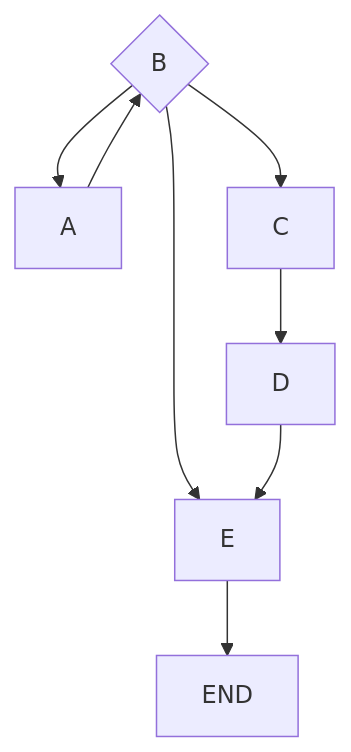
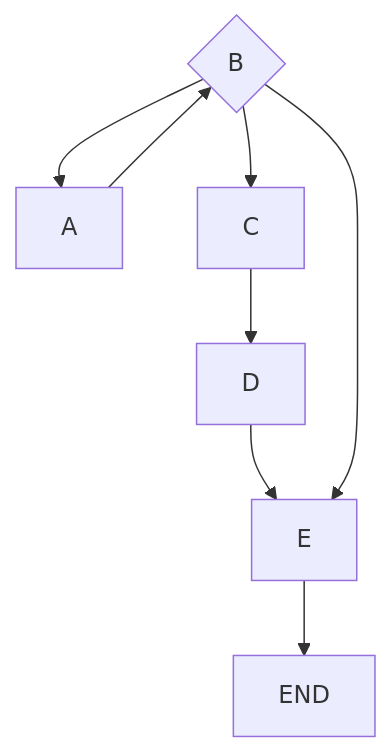
The first of 3 diagrams in README.md (tpu-game-2023/mermaid_test), drawn with Mermaid before and after one commit. The commit also changed other lines of this file, not shown here.

````diff
--- a/README.md
+++ b/README.md
@@ -20,10 +20,10 @@
 ```mermaid
 flowchart TD;
   id([START]) --> A;
   A --> id{B};
   id{B} --> C;
-  id{B} --> E;
   C --> D;
   D --> E; 
+  id{B} --> E;
   E --> END;
 ```
````
